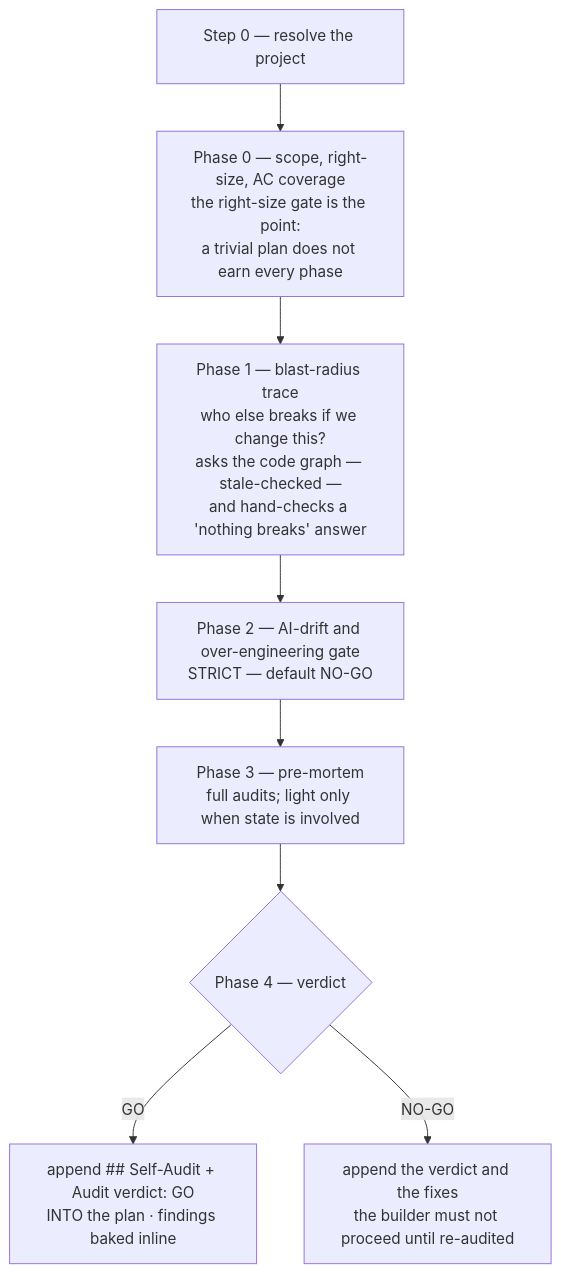
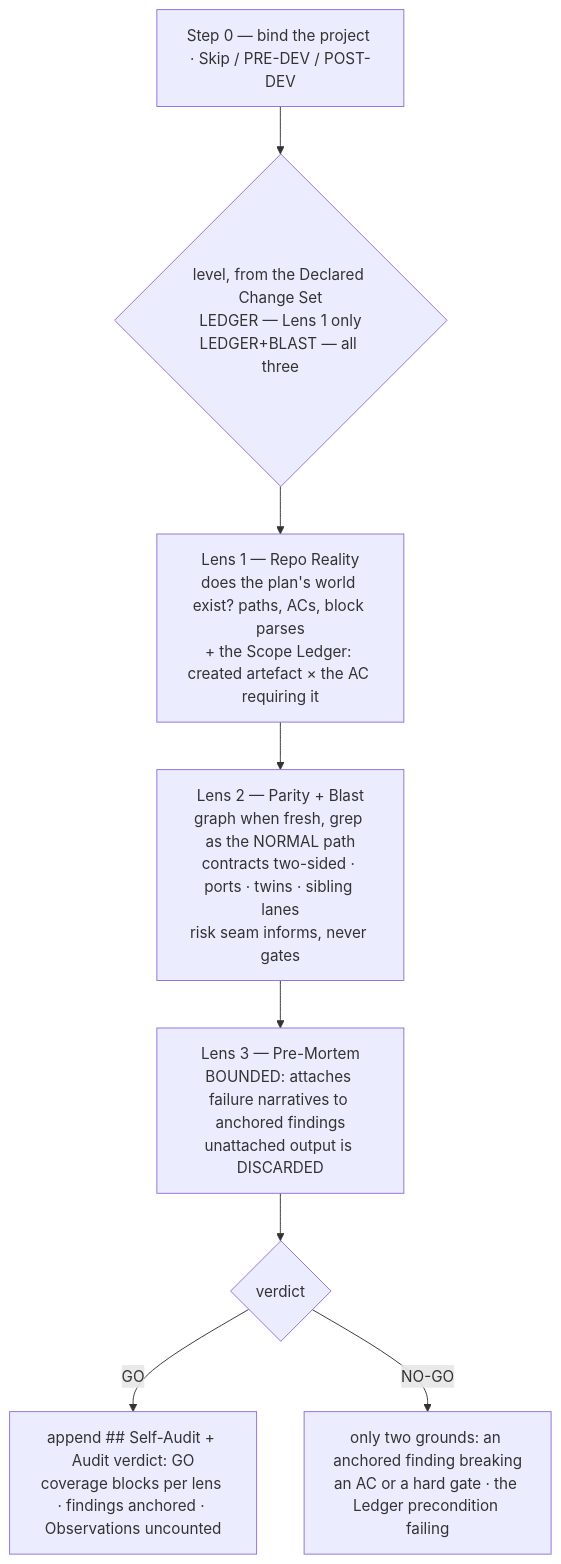
Diagram 21 of 44 in docs/_scc_sops_prds/workflows_testing_SOP.md (sudomadhatter/Sudo_Hatter_Command), drawn with Mermaid before and after one commit. The commit also changed other lines of this file and 4 other files, not shown here.

First line of the commit message:
SCC-227 feat(self-audit): rebuild both twins - three lenses, anchor rule, Scope Ledger, amendment rule

````diff
--- a/docs/_scc_sops_prds/workflows_testing_SOP.md
+++ b/docs/_scc_sops_prds/workflows_testing_SOP.md
@@ -2587,10 +2590,10 @@
 ```mermaid
 flowchart TD
-    S0["Step 0 — resolve the project"] --> P0["Phase 0 — scope, right-size, AC coverage\nthe right-size gate is the point:\na trivial plan does not earn every phase"]
-    P0 --> P1["Phase 1 — blast-radius trace\nwho else breaks if we change this?\nasks the code graph — stale-checked —\nand hand-checks a 'nothing breaks' answer"]
-    P1 --> P2["Phase 2 — AI-drift and over-engineering gate\nSTRICT — default NO-GO"]
-    P2 --> P3["Phase 3 — pre-mortem\nfull audits; light only when state is involved"]
-    P3 --> P4{"Phase 4 — verdict"}
-    P4 -- "GO" --> GO["append ## Self-Audit + Audit verdict: GO\nINTO the plan · findings baked inline"]
-    P4 -- "NO-GO" --> NOGO["append the verdict and the fixes\nthe builder must not proceed until re-audited"]
+    S0["Step 0 — bind the project · Skip / PRE-DEV / POST-DEV"] --> LVL{"level, from the Declared Change Set\nLEDGER — Lens 1 only\nLEDGER+BLAST — all three"}
+    LVL --> L1["Lens 1 — Repo Reality\ndoes the plan's world exist? paths, ACs, block parses\n+ the Scope Ledger: created artefact × the AC requiring it"]
+    L1 --> L2["Lens 2 — Parity + Blast\ngraph when fresh, grep as the NORMAL path\ncontracts two-sided · ports · twins · sibling lanes\nrisk seam informs, never gates"]
+    L2 --> L3["Lens 3 — Pre-Mortem\nBOUNDED: attaches failure narratives to anchored findings\nunattached output is DISCARDED"]
+    L3 --> V{"verdict"}
+    V -- "GO" --> GO["append ## Self-Audit + Audit verdict: GO\ncoverage blocks per lens · findings anchored · Observations uncounted"]
+    V -- "NO-GO" --> NOGO["only two grounds: an anchored finding breaking\nan AC or a hard gate · the Ledger precondition failing"]
 ```
````
